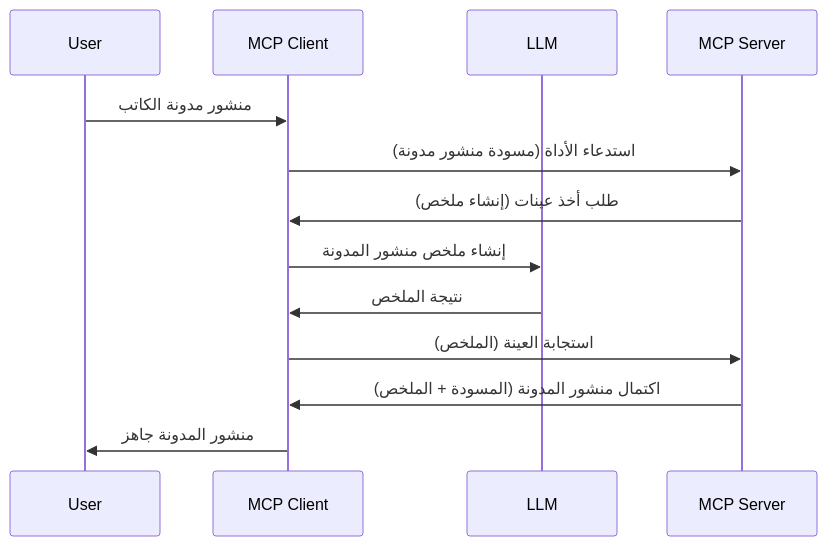
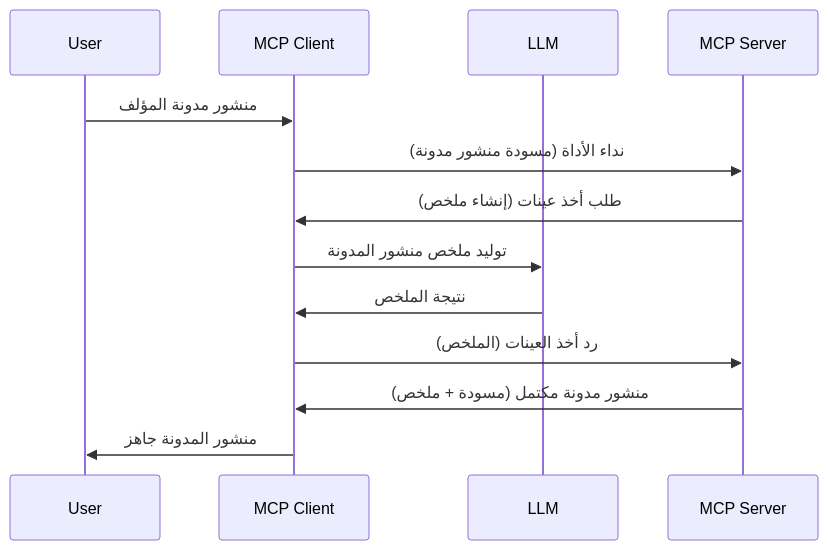
The diagram in mcp_ecosystem__model_context_protocol/mcp_learning_resources/mcp-for-beginners/translations/ar/03-GettingStarted/14-sampling/README.md (HIDORAKAI002/ai-workspace-archive), drawn with Mermaid before and after one commit. The commit also changed other lines of this file and 5748 other files, not shown here.

Commit message:
chore(sync): update MCP Python SDK, MCP TypeScript SDK, Supabase MCP, Kubernetes MCP Server, Git MCP, MCP Agent, Awesome ChatGPT Prompts, Langfuse, +62 more

````diff
--- a/mcp_ecosystem__model_context_protocol/mcp_learning_resources/mcp-for-beginners/translations/ar/03-GettingStarted/14-sampling/README.md
+++ b/mcp_ecosystem__model_context_protocol/mcp_learning_resources/mcp-for-beginners/translations/ar/03-GettingStarted/14-sampling/README.md
@@ -25,16 +27,16 @@
 ```mermaid
 sequenceDiagram
     participant User
     participant MCP Client
     participant LLM
     participant MCP Server
 
-    User->>MCP Client: منشور مدونة الكاتب
-    MCP Client->>MCP Server: استدعاء الأداة (مسودة منشور مدونة)
+    User->>MCP Client: منشور مدونة المؤلف
+    MCP Client->>MCP Server: نداء الأداة (مسودة منشور مدونة)
     MCP Server->>MCP Client: طلب أخذ عينات (إنشاء ملخص)
-    MCP Client->>LLM: إنشاء ملخص منشور المدونة
+    MCP Client->>LLM: توليد ملخص منشور المدونة
     LLM->>MCP Client: نتيجة الملخص
-    MCP Client->>MCP Server: استجابة العينة (الملخص)
-    MCP Server->>MCP Client: اكتمال منشور المدونة (المسودة + الملخص)
+    MCP Client->>MCP Server: رد أخذ العينات (الملخص)
+    MCP Server->>MCP Client: منشور مدونة مكتمل (مسودة + ملخص)
     MCP Client->>User: منشور المدونة جاهز
 ```
````
